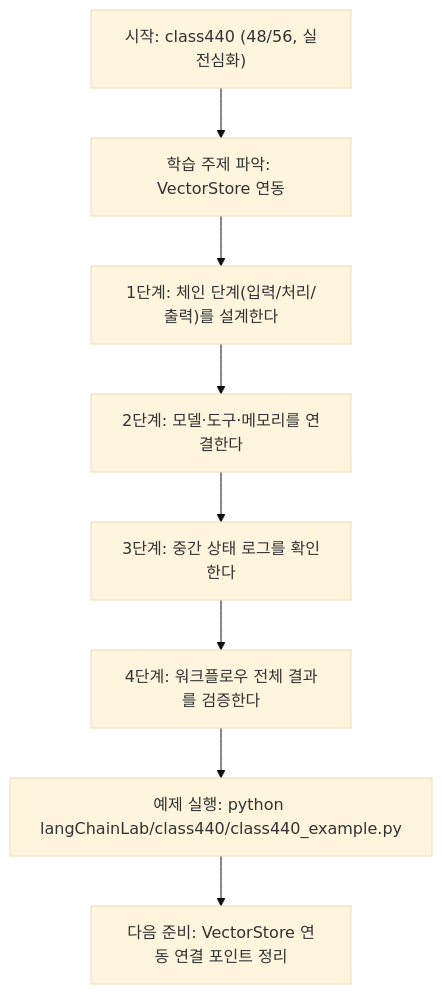
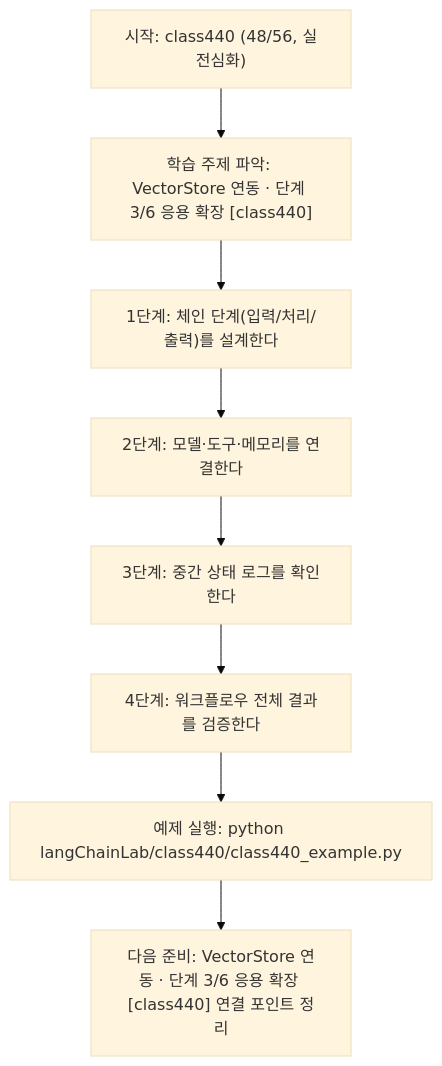
One commit to edumgt/Python-AI_Agent-Class changed the diagram in langChainLab/class440/class440.md. Above: the diagram before and after it, drawn with Mermaid (base theme). The commit also changed other lines of this file and 522 other files, not shown here.

````diff
--- a/langChainLab/class440/class440.md
+++ b/langChainLab/class440/class440.md
@@ -108,18 +109,18 @@
 ```mermaid
 flowchart TD
 N1["시작: class440 (48/56, 실전심화)"]
-N2["학습 주제 파악: VectorStore 연동"]
+N2["학습 주제 파악: VectorStore 연동 · 단계 3/6 응용 확장 [class440]"]
 N3["1단계: 체인 단계(입력/처리/출력)를 설계한다"]
 N4["2단계: 모델·도구·메모리를 연결한다"]
 N5["3단계: 중간 상태 로그를 확인한다"]
 N6["4단계: 워크플로우 전체 결과를 검증한다"]
 N7["예제 실행: python langChainLab/class440/class440_example.py"]
-N8["다음 준비: VectorStore 연동 연결 포인트 정리"]
+N8["다음 준비: VectorStore 연동 · 단계 3/6 응용 확장 [class440] 연결 포인트 정리"]
 N1 --> N2
 N2 --> N3
 N3 --> N4
 N4 --> N5
 N5 --> N6
 N6 --> N7
 N7 --> N8
 ```
````
